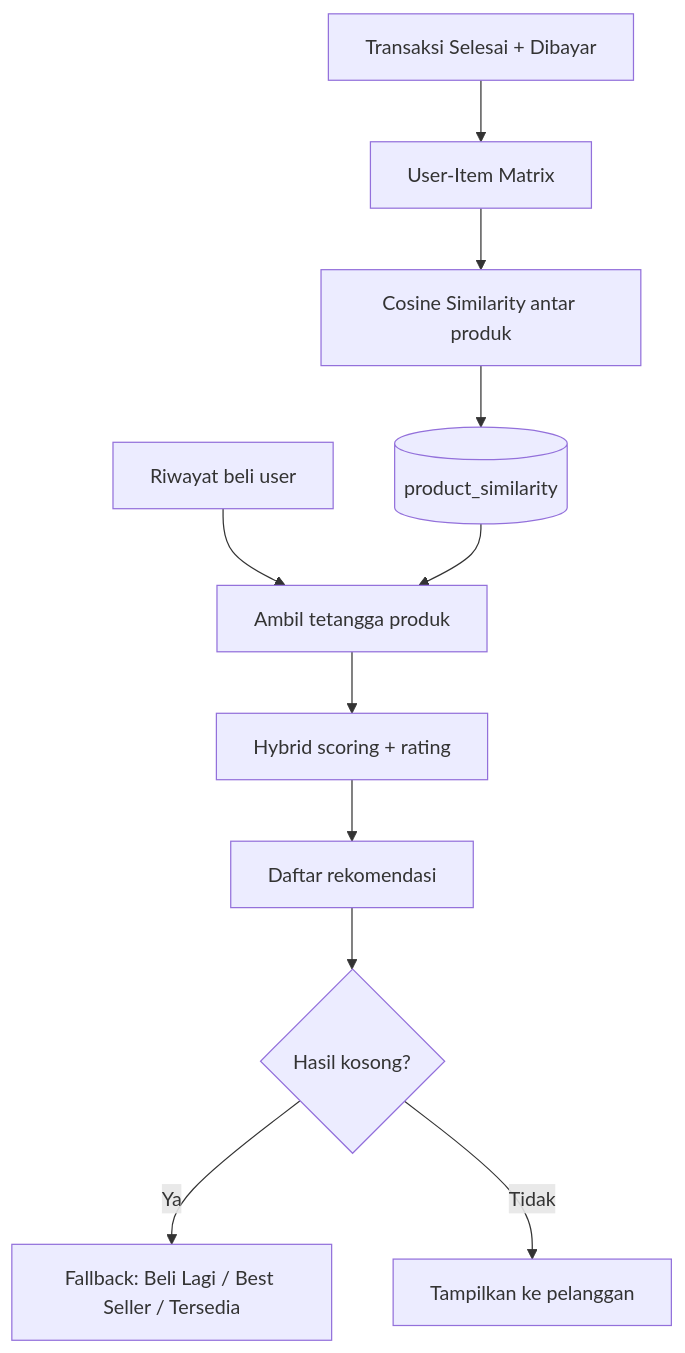
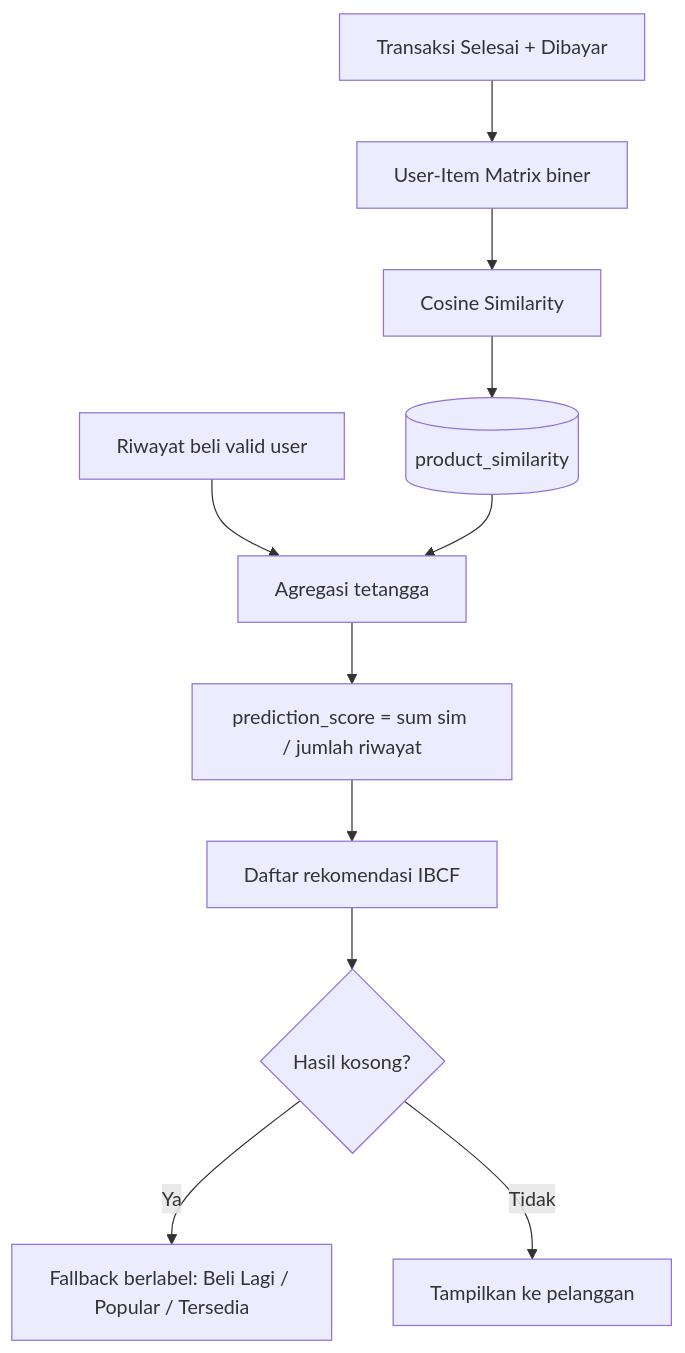
The diagram in README.md (muhzule113/rekomendasi_produk_laravel), drawn with Mermaid before and after one commit. The commit also changed other lines of this file and 55 other files, not shown here.

First line of the commit message:
Remediate IBCF to pure binary cosine similarity.

````diff
--- a/README.md
+++ b/README.md
@@ -281,13 +281,13 @@
 ```mermaid
 flowchart TD
-    A[Transaksi Selesai + Dibayar] --> B[User-Item Matrix]
-    B --> C[Cosine Similarity antar produk]
+    A[Transaksi Selesai + Dibayar] --> B[User-Item Matrix biner]
+    B --> C[Cosine Similarity]
     C --> D[(product_similarity)]
-    E[Riwayat beli user] --> F[Ambil tetangga produk]
+    E[Riwayat beli valid user] --> F[Agregasi tetangga]
     D --> F
-    F --> G[Hybrid scoring + rating]
-    G --> H[Daftar rekomendasi]
+    F --> G[prediction_score = sum sim / jumlah riwayat]
+    G --> H[Daftar rekomendasi IBCF]
     H --> I{Hasil kosong?}
-    I -->|Ya| J[Fallback: Beli Lagi / Best Seller / Tersedia]
+    I -->|Ya| J[Fallback berlabel: Beli Lagi / Popular / Tersedia]
     I -->|Tidak| K[Tampilkan ke pelanggan]
 ```
````
